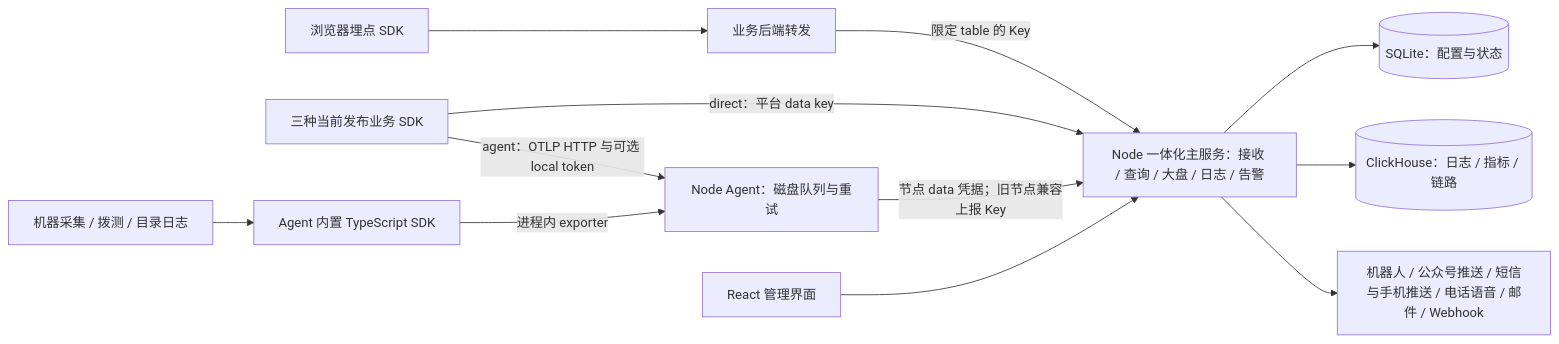
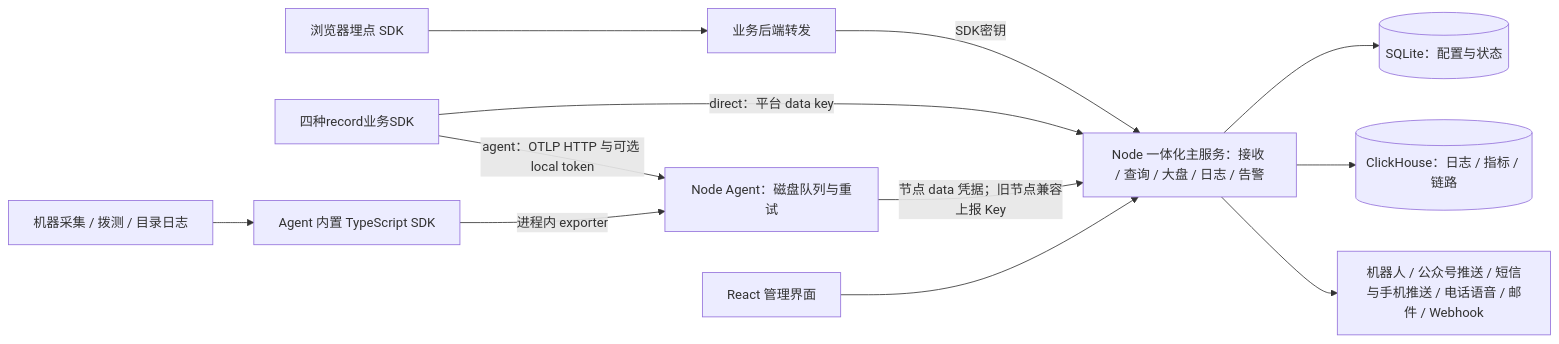
Before and after one commit to workhold/lightmoni: the diagram in docs/architecture.md, drawn with Mermaid. The commit also changed other lines of this file and 169 other files, not shown here.

````diff
--- a/docs/architecture.md
+++ b/docs/architecture.md
@@ -22,14 +22,14 @@
 ```mermaid
 flowchart LR
     B[浏览器埋点 SDK] --> P[业务后端转发]
-    P -->|限定 table 的 Key| M
-    S[三种当前发布业务 SDK] -->|direct：平台 data key| M
+    P -->|SDK密钥| M
+    S[四种record业务SDK] -->|direct：平台 data key| M
     S -->|agent：OTLP HTTP 与可选 local token| A
     H[机器采集 / 拨测 / 目录日志] --> G[Agent 内置 TypeScript SDK]
     G -->|进程内 exporter| A
     A[Node Agent：磁盘队列与重试] -->|节点 data 凭据；旧节点兼容上报 Key| M
     U[React 管理界面] --> M
     M[Node 一体化主服务：接收 / 查询 / 大盘 / 日志 / 告警] --> Q[(SQLite：配置与状态)]
     M --> C[(ClickHouse：日志 / 指标 / 链路)]
     M --> N[机器人 / 公众号推送 / 短信与手机推送 / 电话语音 / 邮件 / Webhook]
 ```
````
